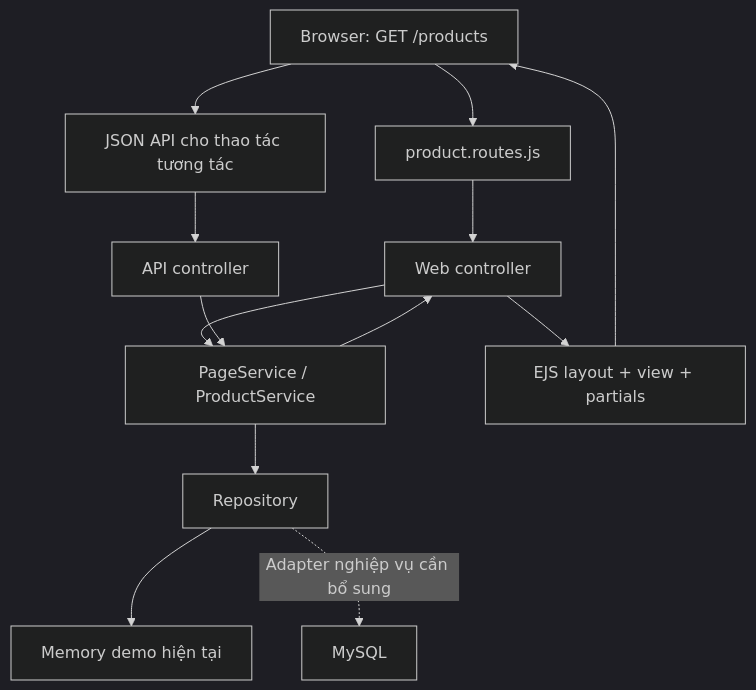
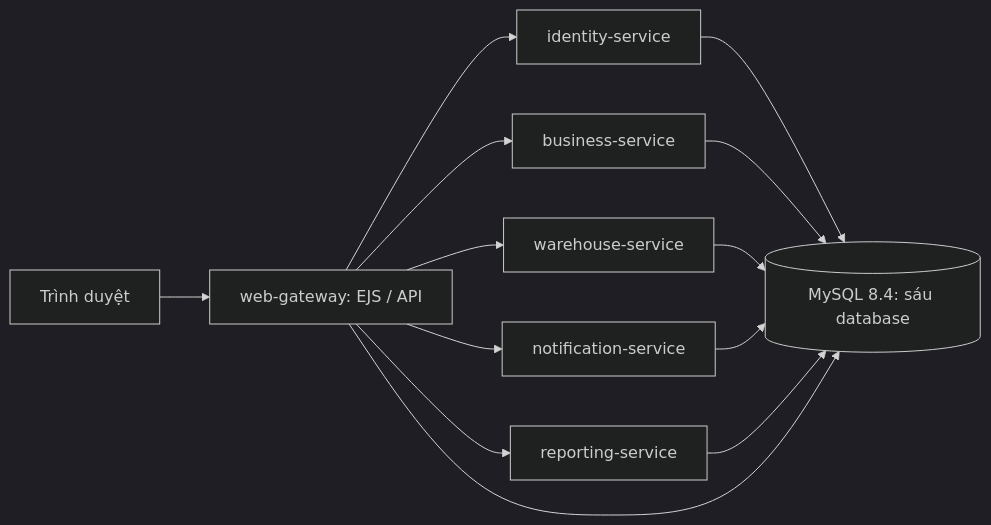
The diagram in app/docs/ARCHITECTURE.md (vthaix/WarehouseSystem), drawn with Mermaid (dark theme) before and after one commit. The commit also changed other lines of this file and 303 other files, not shown here.

````diff
--- a/app/docs/ARCHITECTURE.md
+++ b/app/docs/ARCHITECTURE.md
@@ -71,15 +20,15 @@
 ```mermaid
-flowchart TD
-  A[Browser: GET /products] --> B[product.routes.js]
-  B --> C[Web controller]
-  C --> D[PageService / ProductService]
-  D --> E[Repository]
-  E --> F[Memory demo hiện tại]
-  E -. Adapter nghiệp vụ cần bổ sung .-> G[MySQL]
-  D --> C
-  C --> H[EJS layout + view + partials]
-  H --> A
-  A --> I[JSON API cho thao tác tương tác]
-  I --> J[API controller]
-  J --> D
+flowchart LR
+  Browser[Trình duyệt] --> Gateway[web-gateway: EJS / API]
+  Gateway --> Identity[identity-service]
+  Gateway --> Business[business-service]
+  Gateway --> Warehouse[warehouse-service]
+  Gateway --> Notification[notification-service]
+  Gateway --> Reporting[reporting-service]
+  Identity --> DB[(MySQL 8.4: sáu database)]
+  Business --> DB
+  Warehouse --> DB
+  Notification --> DB
+  Reporting --> DB
+  Gateway --> DB
 ```
````
